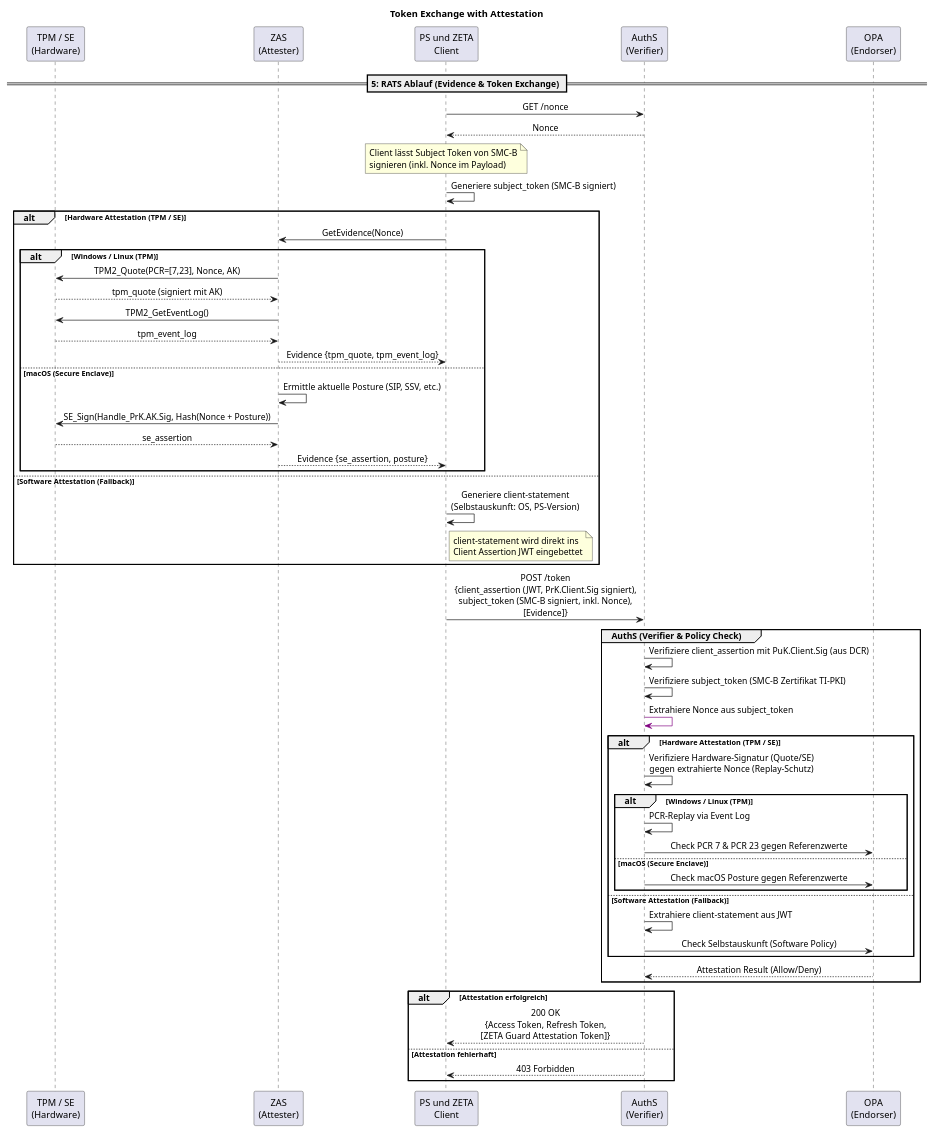
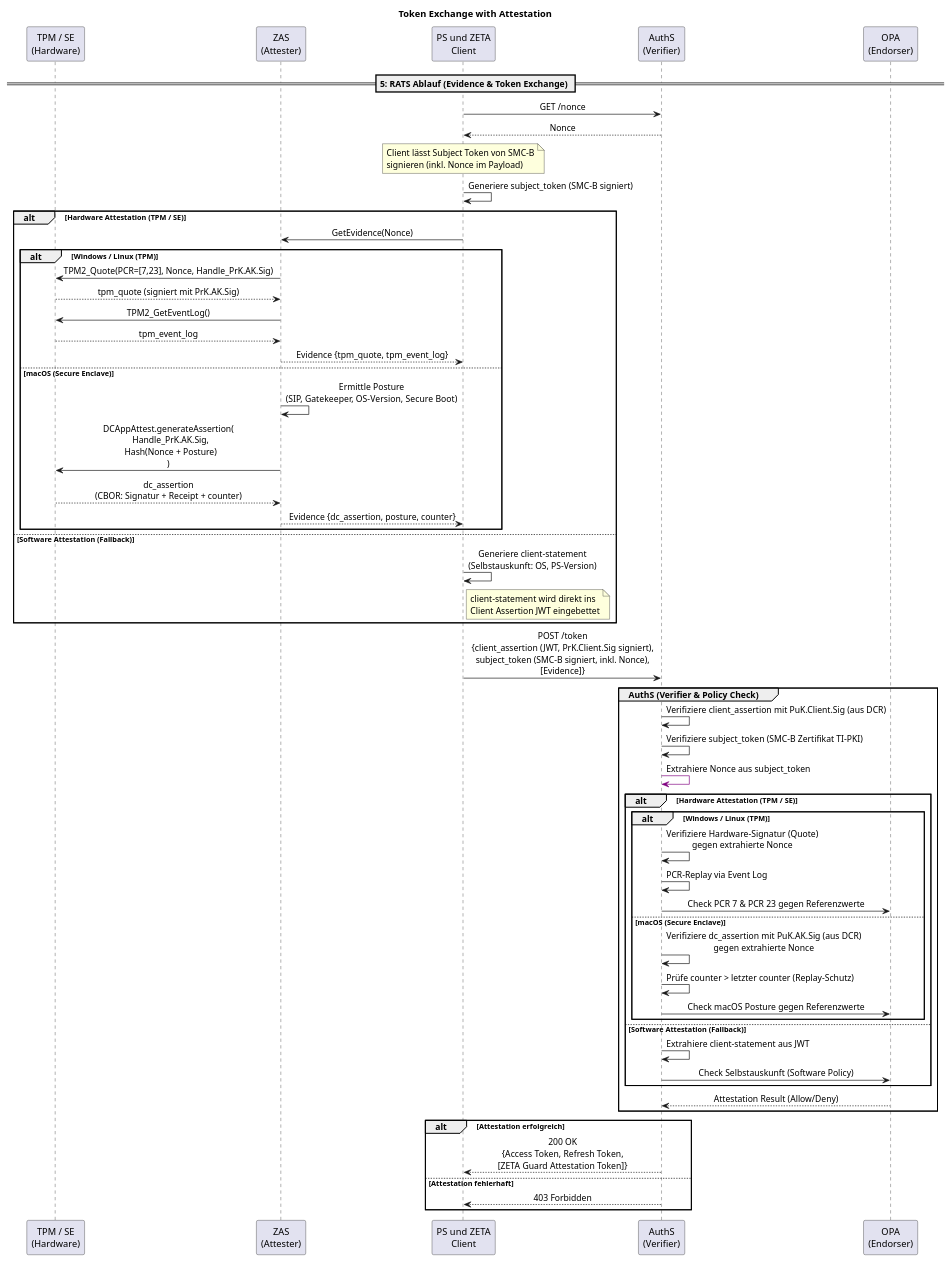
One commit to gematik/zeta changed the diagram in src/plantuml/tmp/attestation-flows/token-exchange-with-attestation.puml. Above: the diagram before and after it, drawn with PlantUML.

Commit message:
refactor: update hardware attestation flow with specific TPM handles and DCAppAttest verification steps

```diff
--- a/src/plantuml/tmp/attestation-flows/token-exchange-with-attestation.puml
+++ b/src/plantuml/tmp/attestation-flows/token-exchange-with-attestation.puml
@@ -1,67 +1,68 @@
 @startuml "token-exchange-with-attestation"
 skinparam sequenceMessageAlign center
 title Token Exchange with Attestation
 
 participant "TPM / SE\n(Hardware)" as TPM
 participant "ZAS\n(Attester)" as ZAS
 participant "PS und ZETA\nClient" as Client
 participant "AuthS\n(Verifier)" as AuthS
 participant "OPA\n(Endorser)" as OPA
 
 == 5: RATS Ablauf (Evidence & Token Exchange) ==
 Client -> AuthS: GET /nonce
 AuthS --> Client: Nonce
 
 note over Client: Client lässt Subject Token von SMC-B\nsignieren (inkl. Nonce im Payload)
 Client -> Client: Generiere subject_token (SMC-B signiert)
 
 alt Hardware Attestation (TPM / SE)
     Client -> ZAS: GetEvidence(Nonce)
     alt Windows / Linux (TPM)
-        ZAS -> TPM: TPM2_Quote(PCR=[7,23], Nonce, AK)
-        TPM --> ZAS: tpm_quote (signiert mit AK)
+        ZAS -> TPM: TPM2_Quote(PCR=[7,23], Nonce, Handle_PrK.AK.Sig)
+        TPM --> ZAS: tpm_quote (signiert mit PrK.AK.Sig)
         ZAS -> TPM: TPM2_GetEventLog()
         TPM --> ZAS: tpm_event_log
         ZAS --> Client: Evidence {tpm_quote, tpm_event_log}
     else macOS (Secure Enclave)
-        ZAS -> ZAS: Ermittle aktuelle Posture (SIP, SSV, etc.)
-        ZAS -> TPM: SE_Sign(Handle_PrK.AK.Sig, Hash(Nonce + Posture))
-        TPM --> ZAS: se_assertion
-        ZAS --> Client: Evidence {se_assertion, posture}
+        ZAS -> ZAS: Ermittle Posture\n(SIP, Gatekeeper, OS-Version, Secure Boot)
+        ZAS -> TPM: DCAppAttest.generateAssertion(\n  Handle_PrK.AK.Sig,\n  Hash(Nonce + Posture)\n)
+        TPM --> ZAS: dc_assertion\n(CBOR: Signatur + Receipt + counter)
+        ZAS --> Client: Evidence {dc_assertion, posture, counter}
     end
 else Software Attestation (Fallback)
     Client -> Client: Generiere client-statement\n(Selbstauskunft: OS, PS-Version)
     note right of Client: client-statement wird direkt ins\nClient Assertion JWT eingebettet
 end
 
 Client -> AuthS: POST /token\n{client_assertion (JWT, PrK.Client.Sig signiert),\nsubject_token (SMC-B signiert, inkl. Nonce),\n[Evidence]}
 
 group AuthS (Verifier & Policy Check)
     AuthS -> AuthS: Verifiziere client_assertion mit PuK.Client.Sig (aus DCR)
     AuthS -> AuthS: Verifiziere subject_token (SMC-B Zertifikat TI-PKI)
     AuthS -[#purple]> AuthS: Extrahiere Nonce aus subject_token
     
     alt Hardware Attestation (TPM / SE)
-        AuthS -> AuthS: Verifiziere Hardware-Signatur (Quote/SE)\ngegen extrahierte Nonce (Replay-Schutz)
-        
         alt Windows / Linux (TPM)
+            AuthS -> AuthS: Verifiziere Hardware-Signatur (Quote)\ngegen extrahierte Nonce
             AuthS -> AuthS: PCR-Replay via Event Log
             AuthS -> OPA: Check PCR 7 & PCR 23 gegen Referenzwerte
         else macOS (Secure Enclave)
+            AuthS -> AuthS: Verifiziere dc_assertion mit PuK.AK.Sig (aus DCR)\ngegen extrahierte Nonce
+            AuthS -> AuthS: Prüfe counter > letzter counter (Replay-Schutz)
             AuthS -> OPA: Check macOS Posture gegen Referenzwerte
         end
         
     else Software Attestation (Fallback)
         AuthS -> AuthS: Extrahiere client-statement aus JWT
         AuthS -> OPA: Check Selbstauskunft (Software Policy)
     end
     
     OPA --> AuthS: Attestation Result (Allow/Deny)
 end
 
 alt Attestation erfolgreich
     AuthS --> Client: 200 OK\n{Access Token, Refresh Token,\n[ZETA Guard Attestation Token]}
 else Attestation fehlerhaft
     AuthS --> Client: 403 Forbidden
 end
 @enduml
```
